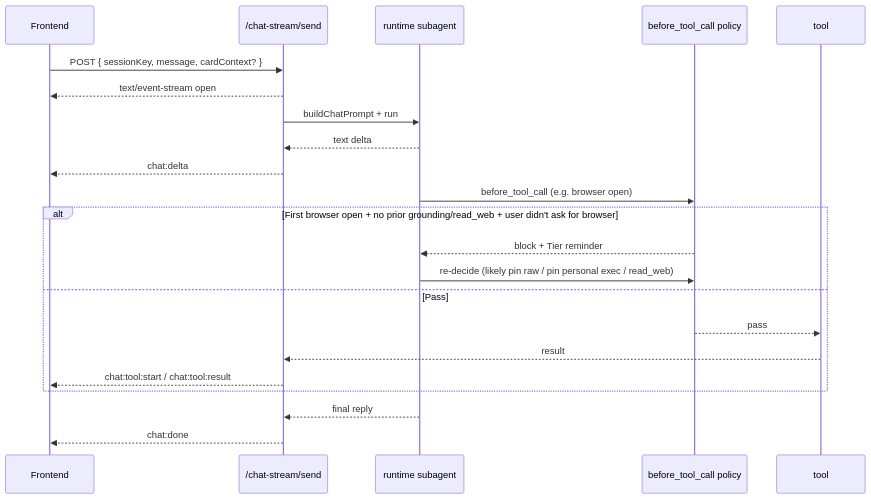
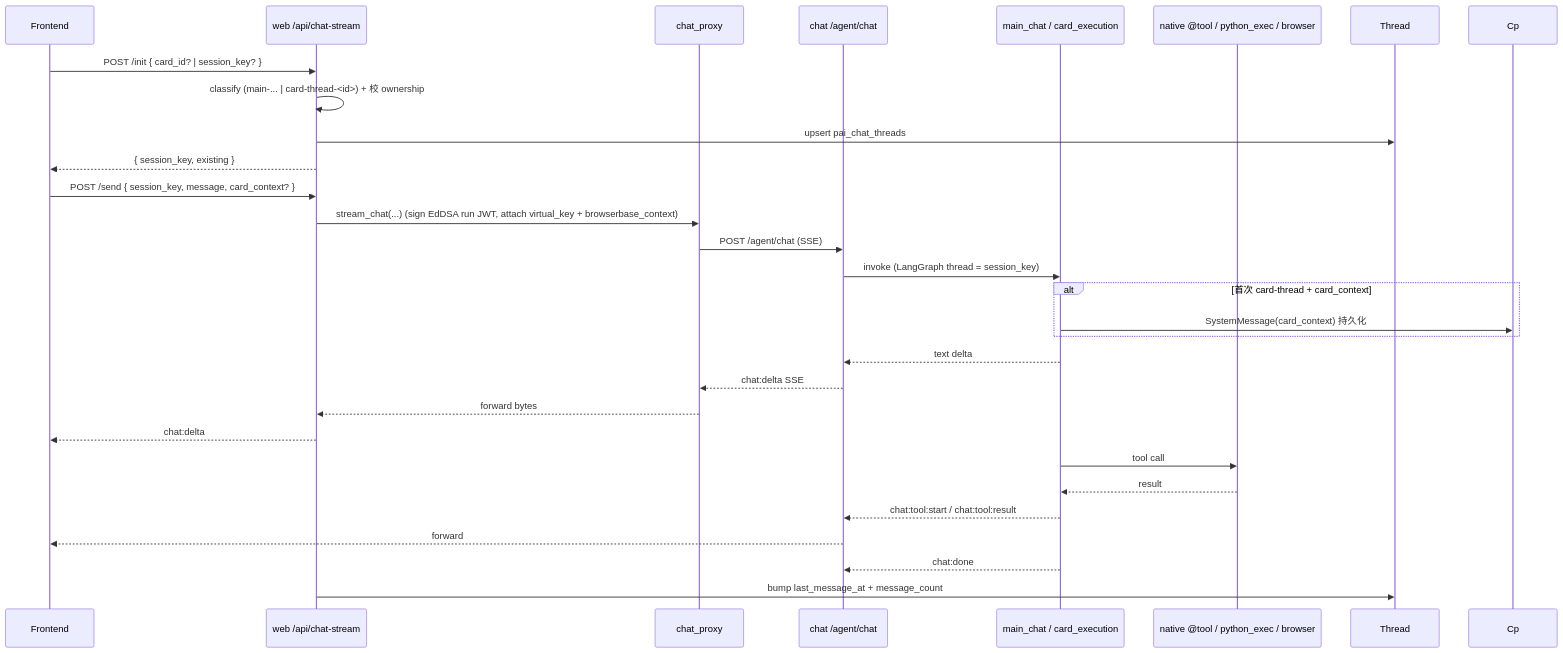
The second of 2 diagrams in docs/modules/execution.mdx (Edge-AI-HQ/proactive-assistant), drawn with Mermaid before and after one commit. The commit also changed other lines of this file and 372 other files, not shown here.

````diff
--- a/docs/modules/execution.mdx
+++ b/docs/modules/execution.mdx
@@ -70,25 +69,31 @@
 ```mermaid
 sequenceDiagram
   participant FE as Frontend
-  participant Chat as /chat-stream/send
-  participant Agent as runtime subagent
-  participant Policy as before_tool_call policy
-  participant Tool as tool
+  participant Web as web /api/chat-stream
+  participant Proxy as chat_proxy
+  participant Chat as chat /agent/chat
+  participant Agent as main_chat / card_execution
+  participant Tool as native @tool / python_exec / browser
 
-  FE->>Chat: POST { sessionKey, message, cardContext? }
-  Chat-->>FE: text/event-stream open
-  Chat->>Agent: buildChatPrompt + run
+  FE->>Web: POST /init { card_id? | session_key? }
+  Web->>Web: classify (main-... | card-thread-<id>) + 校 ownership
+  Web->>Thread: upsert pai_chat_threads
+  Web-->>FE: { session_key, existing }
+  FE->>Web: POST /send { session_key, message, card_context? }
+  Web->>Proxy: stream_chat(...) (sign EdDSA run JWT, attach virtual_key + browserbase_context)
+  Proxy->>Chat: POST /agent/chat (SSE)
+  Chat->>Agent: invoke (LangGraph thread = session_key)
+  alt 首次 card-thread + card_context
+    Agent->>Cp: SystemMessage(card_context) 持久化
+  end
   Agent-->>Chat: text delta
-  Chat-->>FE: chat:delta
-  Agent->>Policy: before_tool_call (e.g. browser open)
-  alt First browser open + no prior grounding/read_web + user didn't ask for browser
-    Policy-->>Agent: block + Tier reminder
-    Agent->>Policy: re-decide (likely pin raw / pin personal exec / read_web)
-  else Pass
-    Policy-->>Tool: pass
-    Tool-->>Chat: result
-    Chat-->>FE: chat:tool:start / chat:tool:result
-  end
-  Agent-->>Chat: final reply
-  Chat-->>FE: chat:done
+  Chat-->>Proxy: chat:delta SSE
+  Proxy-->>Web: forward bytes
+  Web-->>FE: chat:delta
+  Agent->>Tool: tool call
+  Tool-->>Agent: result
+  Agent-->>Chat: chat:tool:start / chat:tool:result
+  Chat-->>FE: forward
+  Agent-->>Chat: chat:done
+  Web->>Thread: bump last_message_at + message_count
 ```
````
